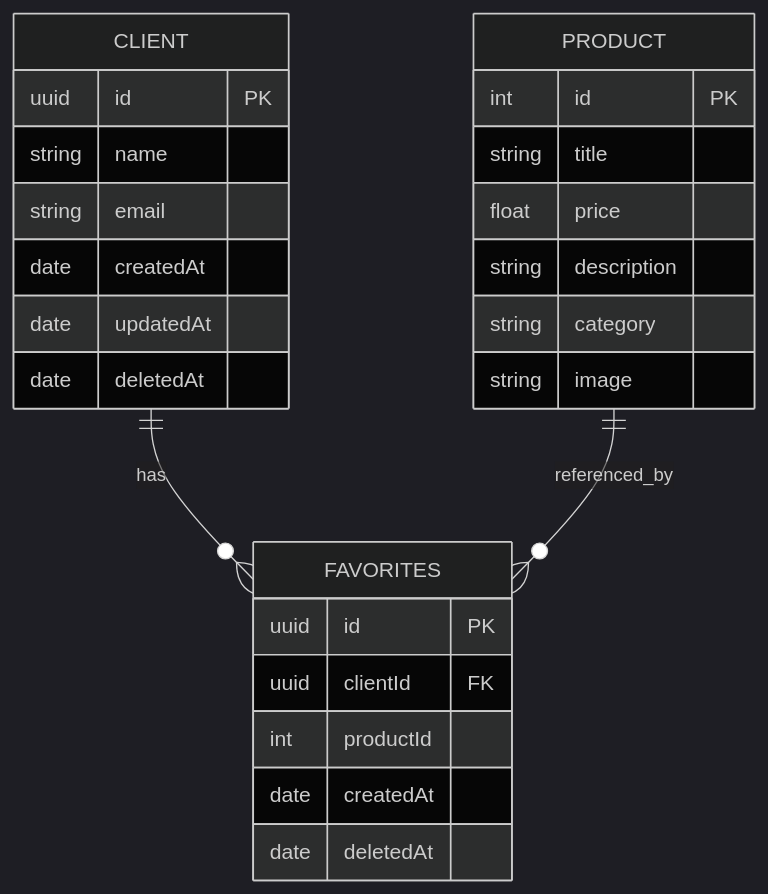
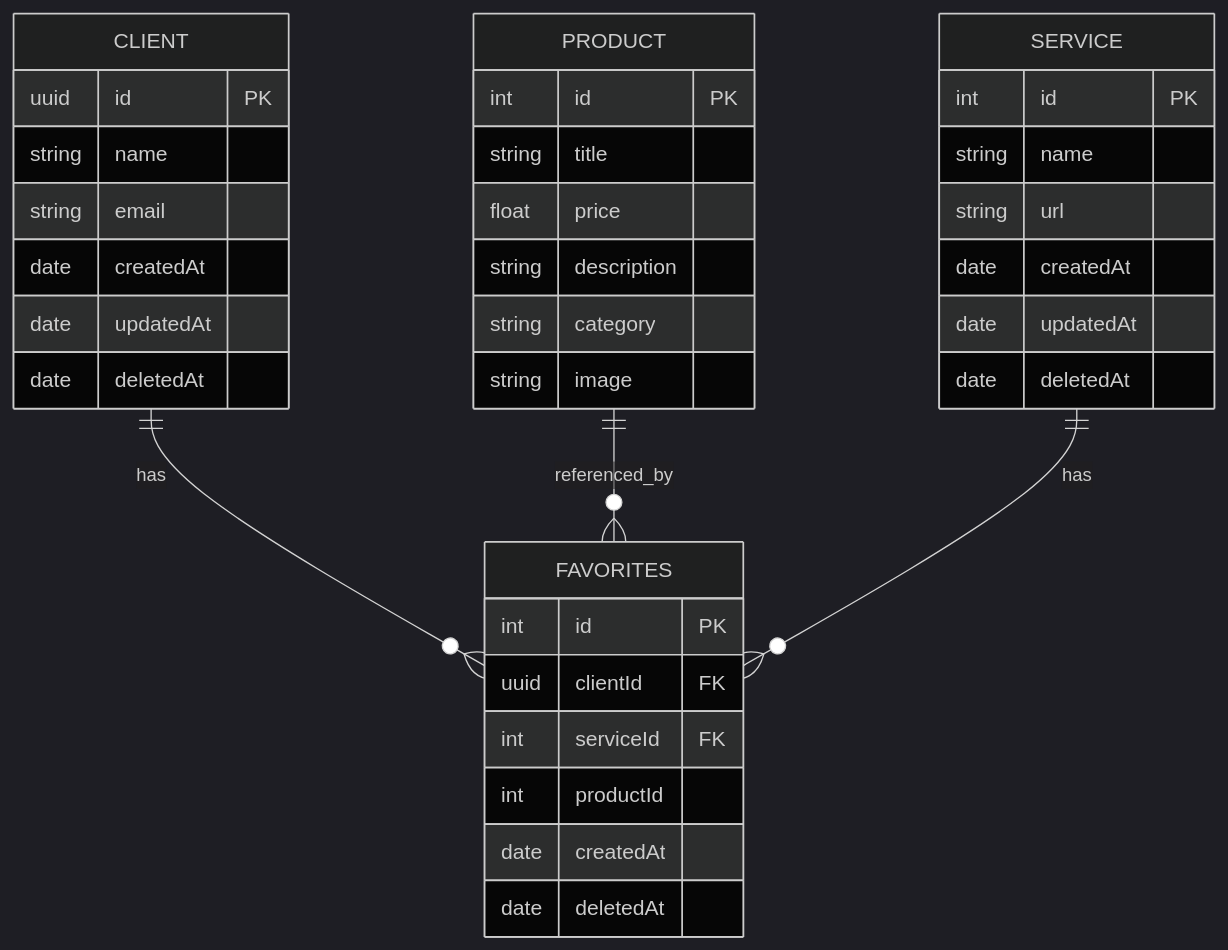
The first of 2 diagrams in README.md (BrunoPdOliveir4/Sistema-de-Gestao-de-Produtos-Favoritos), drawn with Mermaid (dark theme) before and after one commit. The commit also changed other lines of this file and 23 other files, not shown here.

````diff
--- a/README.md
+++ b/README.md
@@ -142,31 +144,42 @@
 ```mermaid
 erDiagram
     CLIENT ||--o{ FAVORITES : has
     PRODUCT ||--o{ FAVORITES : referenced_by
+    SERVICE ||--o{ FAVORITES : has 
 
     CLIENT {
         uuid id PK
         string name
         string email
         date createdAt
         date updatedAt
         date deletedAt
     }
 
     FAVORITES {
-        uuid id PK
+        int id PK
         uuid clientId FK
+        int serviceId FK
         int productId
         date createdAt
         date deletedAt
     }
 
     PRODUCT {
         int id PK
         string title
         float price
         string description
         string category
         string image
     }
+
+    SERVICE {
+        int id PK
+        string name
+        string url
+        date createdAt
+        date updatedAt
+        date deletedAt
+    }
 ```
````
